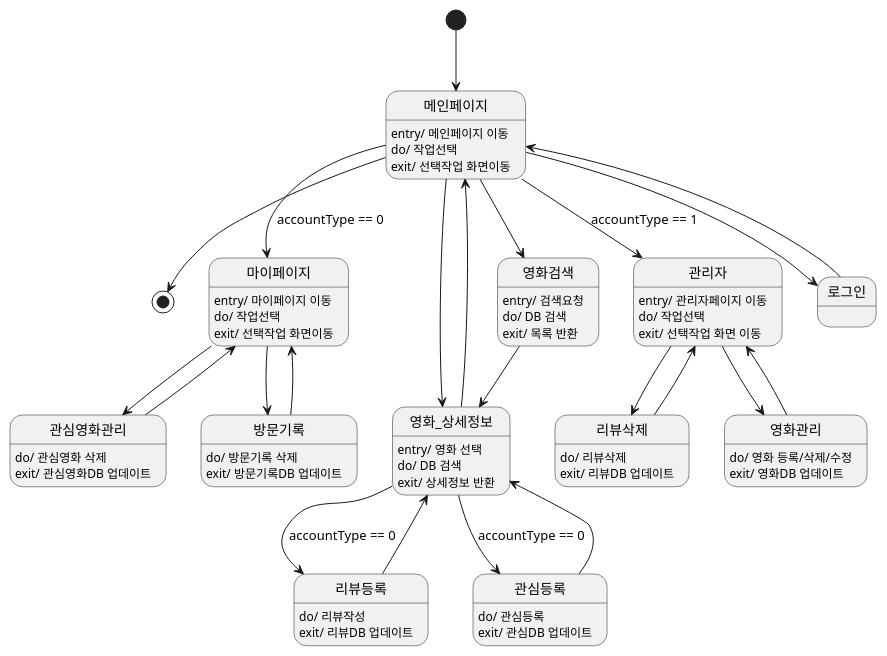
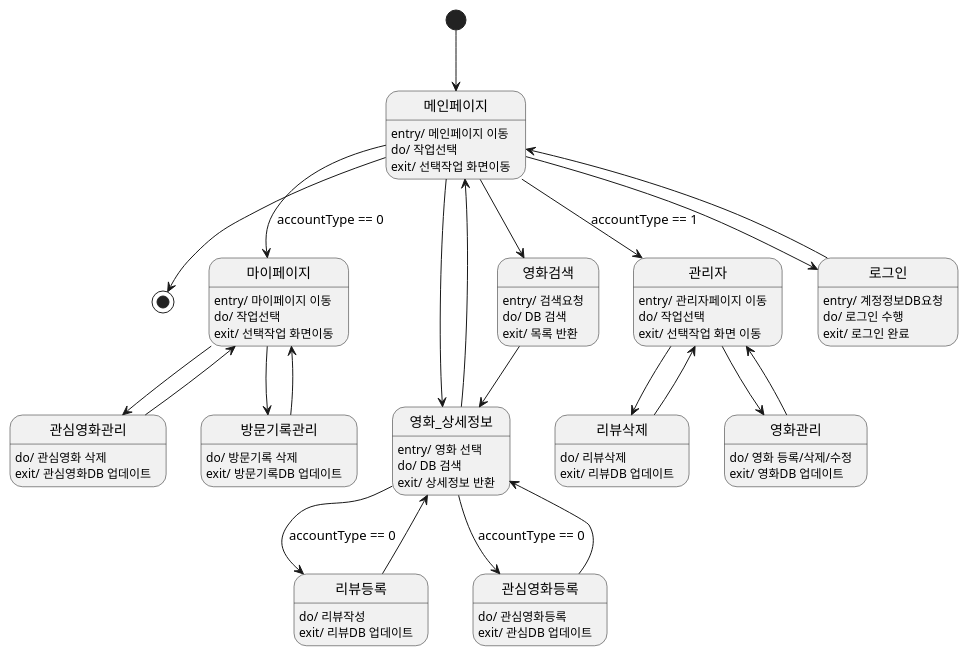
The diagram in src/state_diagram.puml (marmot8080/SWE), drawn with PlantUML before and after one commit.

Commit message:
Modify the state diagram

```diff
--- a/src/state_diagram.puml
+++ b/src/state_diagram.puml
@@ -1,76 +1,80 @@
 @startuml state
 
 [*] --> 메인페이지
 메인페이지 --> [*]
 
 메인페이지 --> 마이페이지 : accountType == 0
 
 마이페이지 --> 관심영화관리
 관심영화관리 --> 마이페이지
 
 메인페이지 --> 영화_상세정보
 영화_상세정보 --> 메인페이지
 
 메인페이지 --> 영화검색
 
 메인페이지 --> 관리자 : accountType == 1
 
 메인페이지 --> 로그인
 로그인 --> 메인페이지
 
-마이페이지 --> 방문기록
-방문기록 --> 마이페이지
+마이페이지 --> 방문기록관리
+방문기록관리 --> 마이페이지
 
 영화_상세정보 --> 리뷰등록 : accountType == 0
 리뷰등록 --> 영화_상세정보
 
-영화_상세정보 --> 관심등록 : accountType == 0
-관심등록 --> 영화_상세정보
+영화_상세정보 --> 관심영화등록 : accountType == 0
+관심영화등록 --> 영화_상세정보
 
 관리자 --> 리뷰삭제
 리뷰삭제 --> 관리자
 
 관리자 --> 영화관리
 영화관리 --> 관리자
-
 
 영화검색 --> 영화_상세정보
 
 마이페이지 : entry/ 마이페이지 이동
 마이페이지 : do/ 작업선택
 마이페이지 : exit/ 선택작업 화면이동
 
 메인페이지 : entry/ 메인페이지 이동
 메인페이지 : do/ 작업선택
 메인페이지 : exit/ 선택작업 화면이동
 
 관심영화관리 : do/ 관심영화 삭제
 관심영화관리 : exit/ 관심영화DB 업데이트
 
-방문기록 : do/ 방문기록 삭제
-방문기록 : exit/ 방문기록DB 업데이트
+방문기록관리 : do/ 방문기록 삭제
+방문기록관리 : exit/ 방문기록DB 업데이트
 
 리뷰등록 : do/ 리뷰작성
 리뷰등록 : exit/ 리뷰DB 업데이트
 
-관심등록 : do/ 관심등록
-관심등록 : exit/ 관심DB 업데이트
+관심영화등록 : do/ 관심영화등록
+관심영화등록 : exit/ 관심DB 업데이트
 
 영화검색 : entry/ 검색요청
 영화검색 : do/ DB 검색
 영화검색 : exit/ 목록 반환
 
 관리자 : entry/ 관리자페이지 이동
 관리자 : do/ 작업선택
 관리자 : exit/ 선택작업 화면 이동
 
 리뷰삭제 : do/ 리뷰삭제
 리뷰삭제 : exit/ 리뷰DB 업데이트
 
 영화관리 : do/ 영화 등록/삭제/수정
 영화관리 : exit/ 영화DB 업데이트
 
 영화_상세정보 : entry/ 영화 선택
 영화_상세정보 : do/ DB 검색
 영화_상세정보 : exit/ 상세정보 반환
+
+로그인 : entry/ 계정정보DB요청
+로그인 : do/ 로그인 수행
+로그인 : exit/ 로그인 완료
+
 @enduml
```
